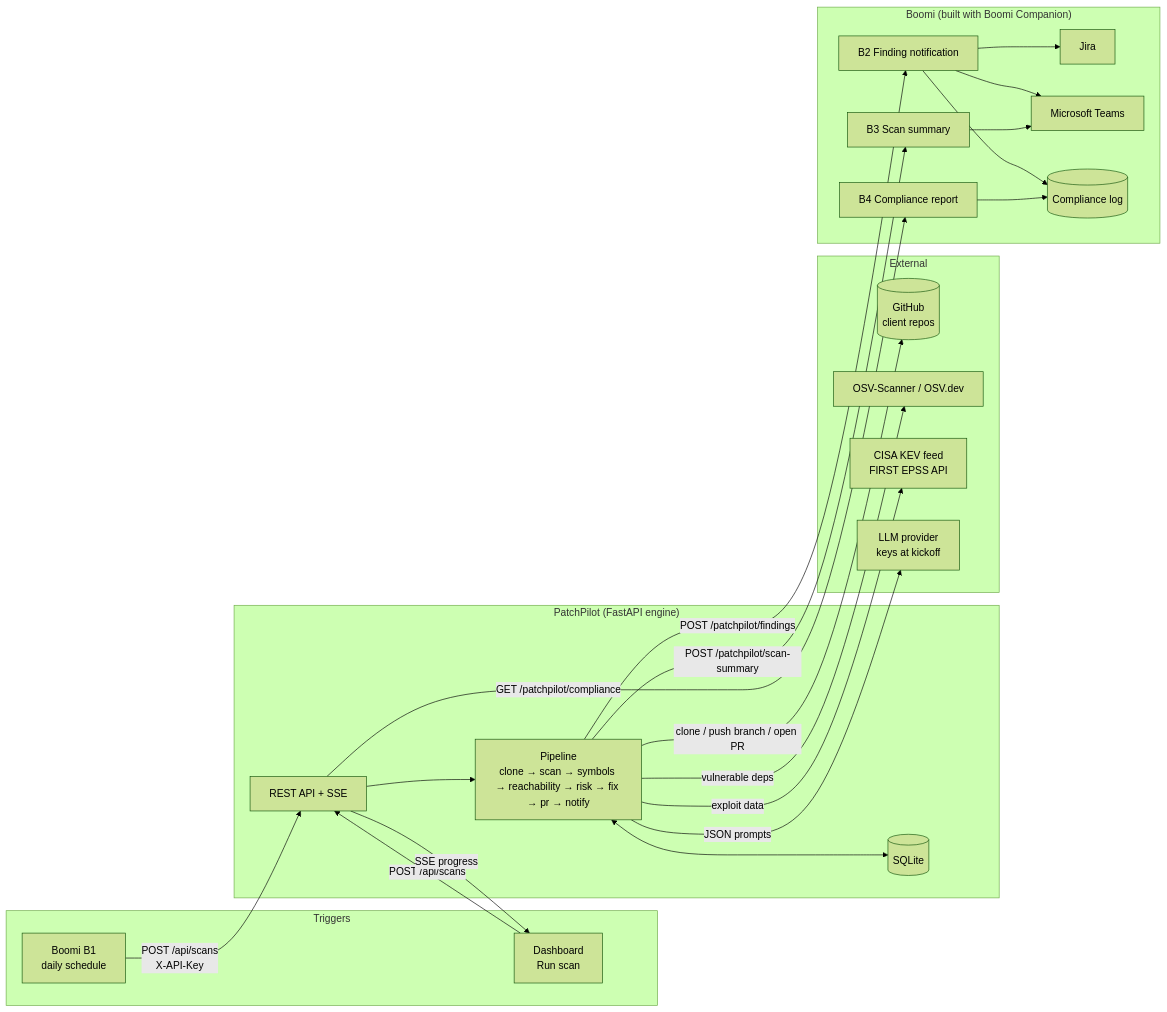
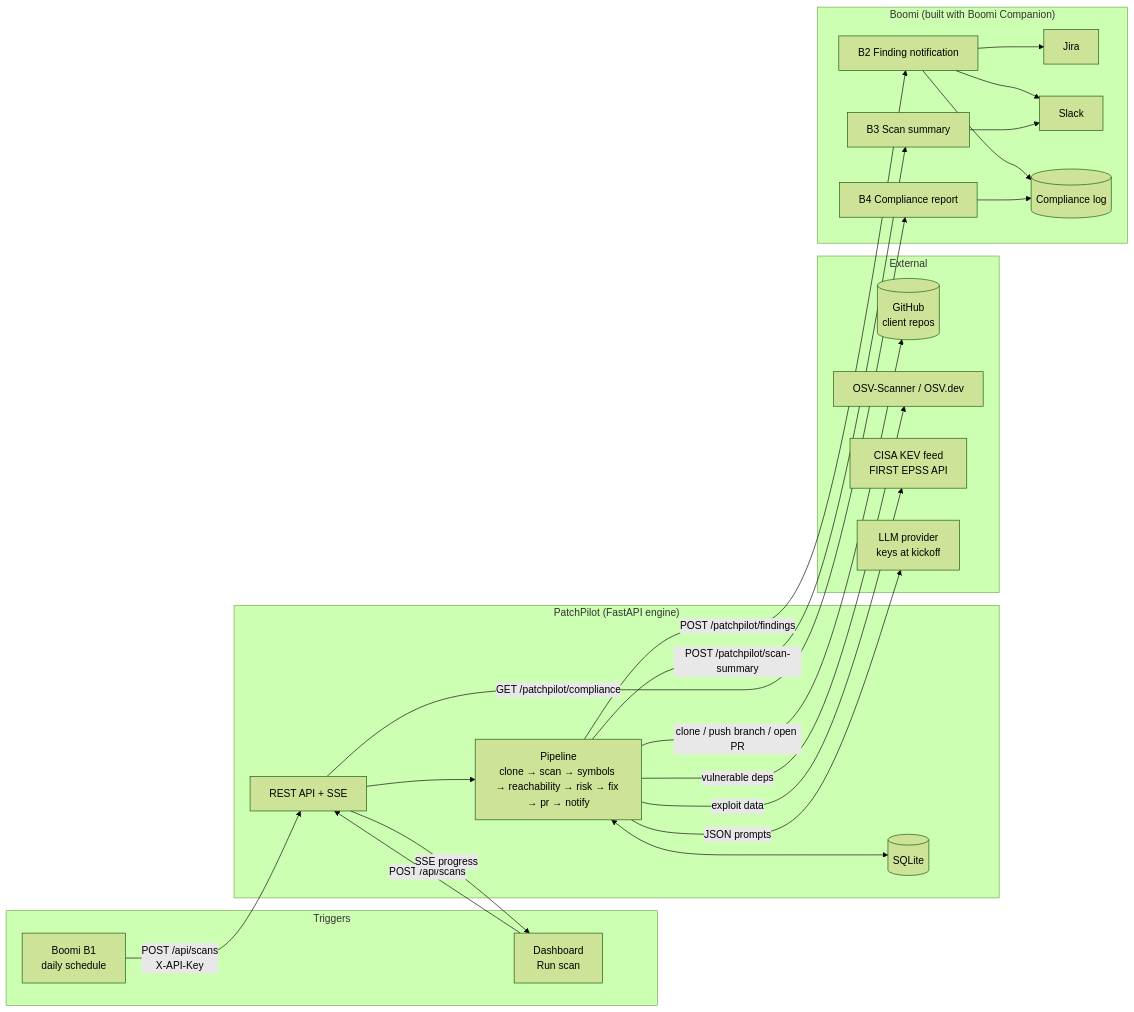
The first of 11 diagrams in docs/DIAGRAMS.md (BommepalliRoop/patchpilot-dryrun), drawn with Mermaid (forest theme) before and after one commit. The commit also changed other lines of this file and 23 other files, not shown here.

First line of the commit message:
Use Slack instead of Microsoft Teams for alerts and summaries

````diff
--- a/docs/DIAGRAMS.md
+++ b/docs/DIAGRAMS.md
@@ -22,47 +22,47 @@
 ```mermaid
 flowchart LR
     subgraph Triggers
         B1[Boomi B1<br/>daily schedule]
         UI[Dashboard<br/>Run scan]
     end
 
     subgraph PatchPilot["PatchPilot (FastAPI engine)"]
         API[REST API + SSE]
         PIPE[Pipeline<br/>clone → scan → symbols → reachability → risk → fix → pr → notify]
         DB[(SQLite)]
     end
 
     subgraph External
         GH[(GitHub<br/>client repos)]
         OSV[OSV-Scanner / OSV.dev]
         TI[CISA KEV feed<br/>FIRST EPSS API]
         LLM[LLM provider<br/>keys at kickoff]
     end
 
     subgraph Boomi["Boomi (built with Boomi Companion)"]
         B2[B2 Finding notification]
         B3[B3 Scan summary]
         B4[B4 Compliance report]
         JIRA[Jira]
-        TEAMS[Microsoft Teams]
+        SLACK[Slack]
         LOG[(Compliance log)]
     end
 
     B1 -- "POST /api/scans<br/>X-API-Key" --> API
     UI -- "POST /api/scans" --> API
     API --> PIPE
     PIPE <--> DB
     PIPE -- clone / push branch / open PR --> GH
     PIPE -- vulnerable deps --> OSV
     PIPE -- exploit data --> TI
     PIPE -- JSON prompts --> LLM
     API -- "SSE progress" --> UI
     PIPE -- "POST /patchpilot/findings" --> B2
     PIPE -- "POST /patchpilot/scan-summary" --> B3
     API -- "GET /patchpilot/compliance" --> B4
     B2 --> JIRA
-    B2 --> TEAMS
+    B2 --> SLACK
     B2 --> LOG
-    B3 --> TEAMS
+    B3 --> SLACK
     B4 --> LOG
 ```
````
